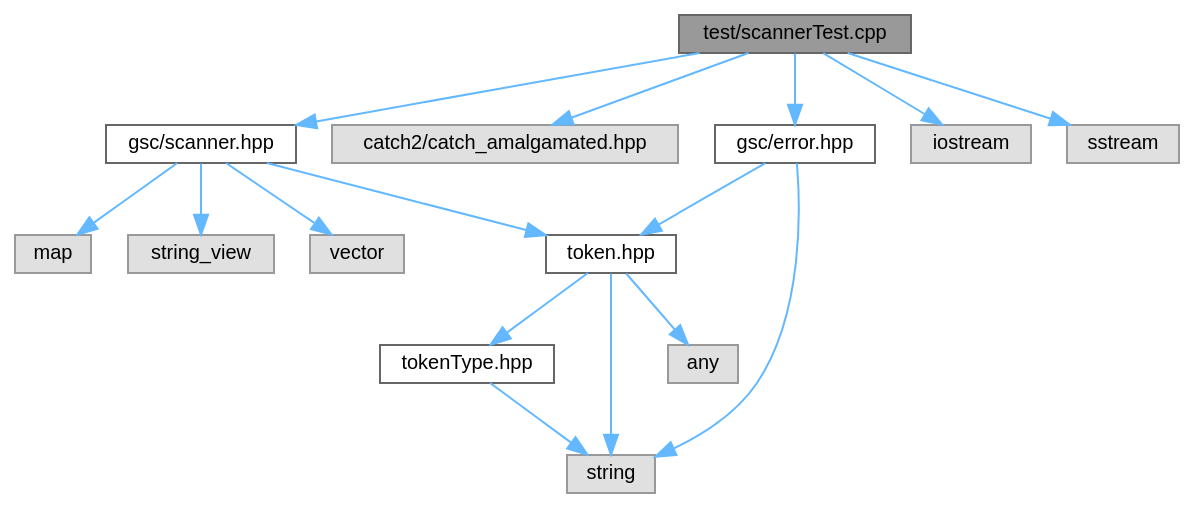
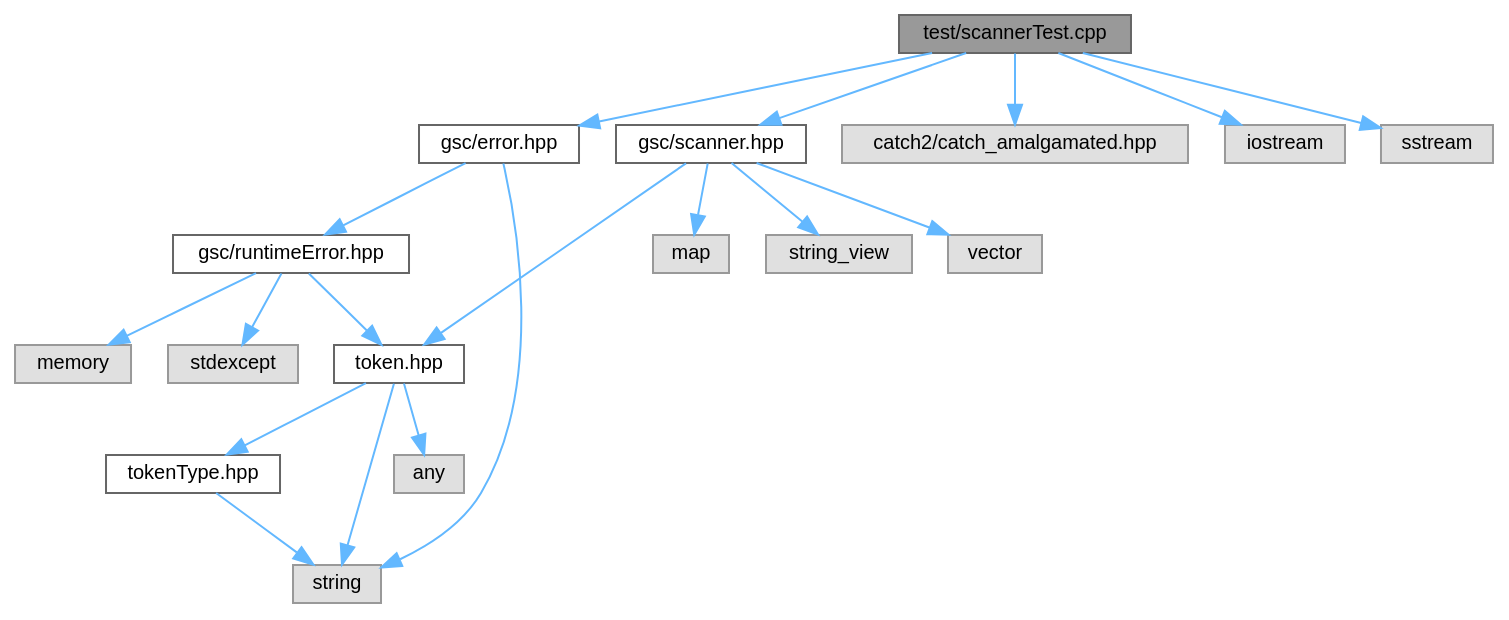
One commit to helcsnewsxd/gsc-interpreter changed the diagram in scannerTest_8cpp__incl.dot. Above: the diagram before and after it, drawn with Graphviz. The commit also changed 105 other files, not shown here.

```diff
--- a/scannerTest_8cpp__incl.dot
+++ b/scannerTest_8cpp__incl.dot
@@ -1,35 +1,41 @@
 digraph "test/scannerTest.cpp"
 {
  // LATEX_PDF_SIZE
   bgcolor="transparent";
   edge [fontname=Helvetica,fontsize=10,labelfontname=Helvetica,labelfontsize=10];
   node [fontname=Helvetica,fontsize=10,shape=box,height=0.2,width=0.4];
   Node1 [id="Node000001",label="test/scannerTest.cpp",height=0.2,width=0.4,color="gray40", fillcolor="grey60", style="filled", fontcolor="black",tooltip=" "];
   Node1 -> Node2 [id="edge1_Node000001_Node000002",color="steelblue1",style="solid",tooltip=" "];
   Node2 [id="Node000002",label="gsc/scanner.hpp",height=0.2,width=0.4,color="grey40", fillcolor="white", style="filled",URL="$scanner_8hpp.html",tooltip=" "];
   Node2 -> Node3 [id="edge2_Node000002_Node000003",color="steelblue1",style="solid",tooltip=" "];
   Node3 [id="Node000003",label="token.hpp",height=0.2,width=0.4,color="grey40", fillcolor="white", style="filled",URL="$token_8hpp.html",tooltip=" "];
   Node3 -> Node4 [id="edge3_Node000003_Node000004",color="steelblue1",style="solid",tooltip=" "];
   Node4 [id="Node000004",label="tokenType.hpp",height=0.2,width=0.4,color="grey40", fillcolor="white", style="filled",URL="$tokenType_8hpp.html",tooltip=" "];
   Node4 -> Node5 [id="edge4_Node000004_Node000005",color="steelblue1",style="solid",tooltip=" "];
   Node5 [id="Node000005",label="string",height=0.2,width=0.4,color="grey60", fillcolor="#E0E0E0", style="filled",tooltip=" "];
   Node3 -> Node6 [id="edge5_Node000003_Node000006",color="steelblue1",style="solid",tooltip=" "];
   Node6 [id="Node000006",label="any",height=0.2,width=0.4,color="grey60", fillcolor="#E0E0E0", style="filled",tooltip=" "];
   Node3 -> Node5 [id="edge6_Node000003_Node000005",color="steelblue1",style="solid",tooltip=" "];
   Node2 -> Node7 [id="edge7_Node000002_Node000007",color="steelblue1",style="solid",tooltip=" "];
   Node7 [id="Node000007",label="map",height=0.2,width=0.4,color="grey60", fillcolor="#E0E0E0", style="filled",tooltip=" "];
   Node2 -> Node8 [id="edge8_Node000002_Node000008",color="steelblue1",style="solid",tooltip=" "];
   Node8 [id="Node000008",label="string_view",height=0.2,width=0.4,color="grey60", fillcolor="#E0E0E0", style="filled",tooltip=" "];
   Node2 -> Node9 [id="edge9_Node000002_Node000009",color="steelblue1",style="solid",tooltip=" "];
   Node9 [id="Node000009",label="vector",height=0.2,width=0.4,color="grey60", fillcolor="#E0E0E0", style="filled",tooltip=" "];
   Node1 -> Node10 [id="edge10_Node000001_Node000010",color="steelblue1",style="solid",tooltip=" "];
   Node10 [id="Node000010",label="catch2/catch_amalgamated.hpp",height=0.2,width=0.4,color="grey60", fillcolor="#E0E0E0", style="filled",tooltip=" "];
   Node1 -> Node11 [id="edge11_Node000001_Node000011",color="steelblue1",style="solid",tooltip=" "];
   Node11 [id="Node000011",label="gsc/error.hpp",height=0.2,width=0.4,color="grey40", fillcolor="white", style="filled",URL="$error_8hpp.html",tooltip=" "];
-  Node11 -> Node3 [id="edge12_Node000011_Node000003",color="steelblue1",style="solid",tooltip=" "];
-  Node11 -> Node5 [id="edge13_Node000011_Node000005",color="steelblue1",style="solid",tooltip=" "];
-  Node1 -> Node12 [id="edge14_Node000001_Node000012",color="steelblue1",style="solid",tooltip=" "];
-  Node12 [id="Node000012",label="iostream",height=0.2,width=0.4,color="grey60", fillcolor="#E0E0E0", style="filled",tooltip=" "];
-  Node1 -> Node13 [id="edge15_Node000001_Node000013",color="steelblue1",style="solid",tooltip=" "];
-  Node13 [id="Node000013",label="sstream",height=0.2,width=0.4,color="grey60", fillcolor="#E0E0E0", style="filled",tooltip=" "];
+  Node11 -> Node12 [id="edge12_Node000011_Node000012",color="steelblue1",style="solid",tooltip=" "];
+  Node12 [id="Node000012",label="gsc/runtimeError.hpp",height=0.2,width=0.4,color="grey40", fillcolor="white", style="filled",URL="$runtimeError_8hpp.html",tooltip=" "];
+  Node12 -> Node3 [id="edge13_Node000012_Node000003",color="steelblue1",style="solid",tooltip=" "];
+  Node12 -> Node13 [id="edge14_Node000012_Node000013",color="steelblue1",style="solid",tooltip=" "];
+  Node13 [id="Node000013",label="memory",height=0.2,width=0.4,color="grey60", fillcolor="#E0E0E0", style="filled",tooltip=" "];
+  Node12 -> Node14 [id="edge15_Node000012_Node000014",color="steelblue1",style="solid",tooltip=" "];
+  Node14 [id="Node000014",label="stdexcept",height=0.2,width=0.4,color="grey60", fillcolor="#E0E0E0", style="filled",tooltip=" "];
+  Node11 -> Node5 [id="edge16_Node000011_Node000005",color="steelblue1",style="solid",tooltip=" "];
+  Node1 -> Node15 [id="edge17_Node000001_Node000015",color="steelblue1",style="solid",tooltip=" "];
+  Node15 [id="Node000015",label="iostream",height=0.2,width=0.4,color="grey60", fillcolor="#E0E0E0", style="filled",tooltip=" "];
+  Node1 -> Node16 [id="edge18_Node000001_Node000016",color="steelblue1",style="solid",tooltip=" "];
+  Node16 [id="Node000016",label="sstream",height=0.2,width=0.4,color="grey60", fillcolor="#E0E0E0", style="filled",tooltip=" "];
 }
```
